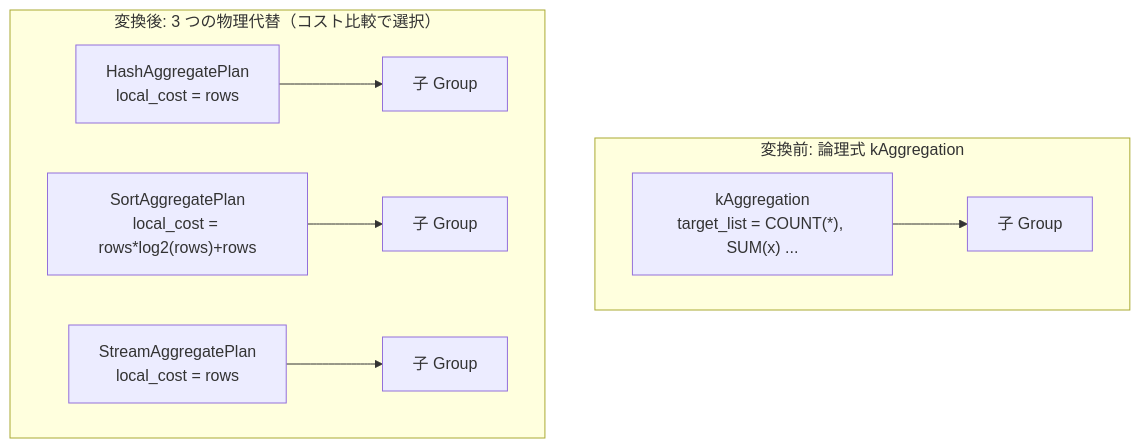
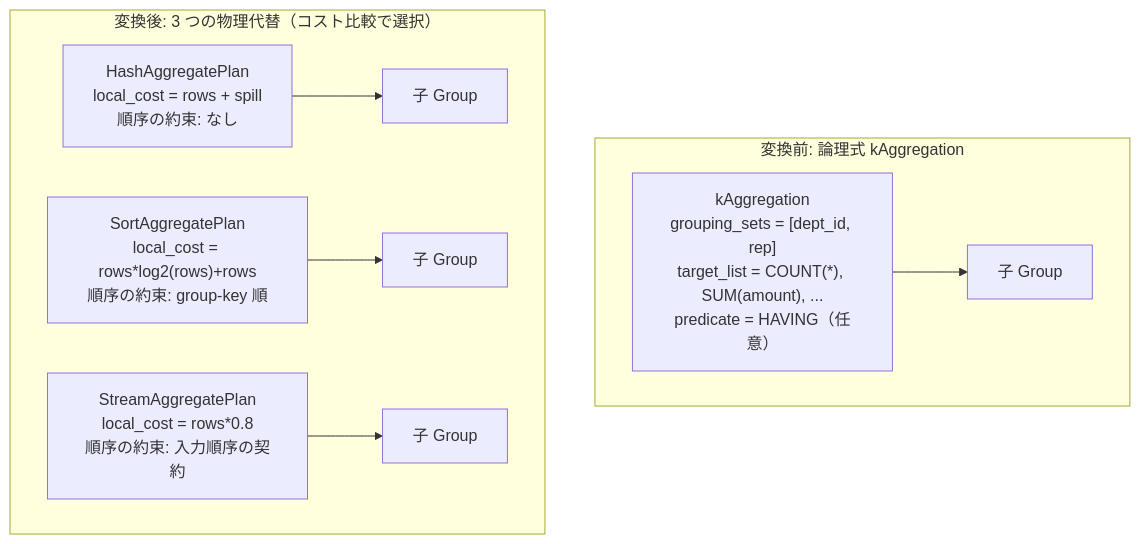
One commit to kumagi/tinylamb changed the diagram in docs/opt/part2-rules/implementation/aggregation.md. Above: the diagram before and after it, drawn with Mermaid. The commit also changed other lines of this file and 559 other files, not shown here.

````diff
--- a/docs/opt/part2-rules/implementation/aggregation.md
+++ b/docs/opt/part2-rules/implementation/aggregation.md
@@ -15,11 +19,11 @@
 ```mermaid
 graph TD
   subgraph before["変換前: 論理式 kAggregation"]
-    A["kAggregation<br/>target_list = COUNT(*), SUM(x) ..."] --> C["子 Group"]
+    A["kAggregation<br/>grouping_sets = [dept_id, rep]<br/>target_list = COUNT(*), SUM(amount), ...<br/>predicate = HAVING（任意）"] --> C["子 Group"]
   end
   subgraph after["変換後: 3 つの物理代替（コスト比較で選択）"]
-    H["HashAggregatePlan<br/>local_cost = rows"] --> C1["子 Group"]
-    S["SortAggregatePlan<br/>local_cost = rows*log2(rows)+rows"] --> C2["子 Group"]
-    T["StreamAggregatePlan<br/>local_cost = rows"] --> C3["子 Group"]
+    H["HashAggregatePlan<br/>local_cost = rows + spill<br/>順序の約束: なし"] --> C1["子 Group"]
+    S["SortAggregatePlan<br/>local_cost = rows*log2(rows)+rows<br/>順序の約束: group-key 順"] --> C2["子 Group"]
+    T["StreamAggregatePlan<br/>local_cost = rows*0.8<br/>順序の約束: 入力順序の契約"] --> C3["子 Group"]
   end
 ```
````
